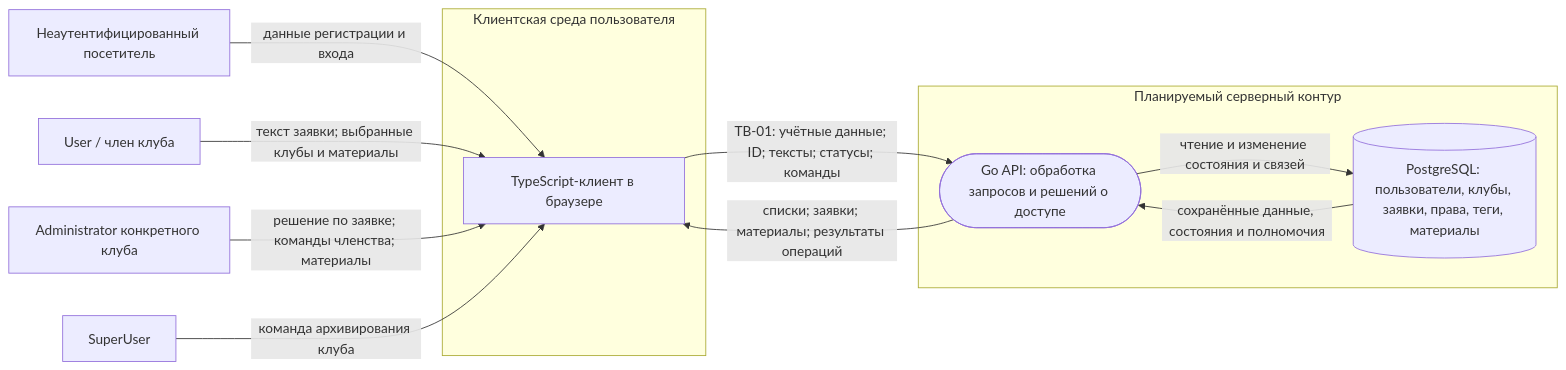
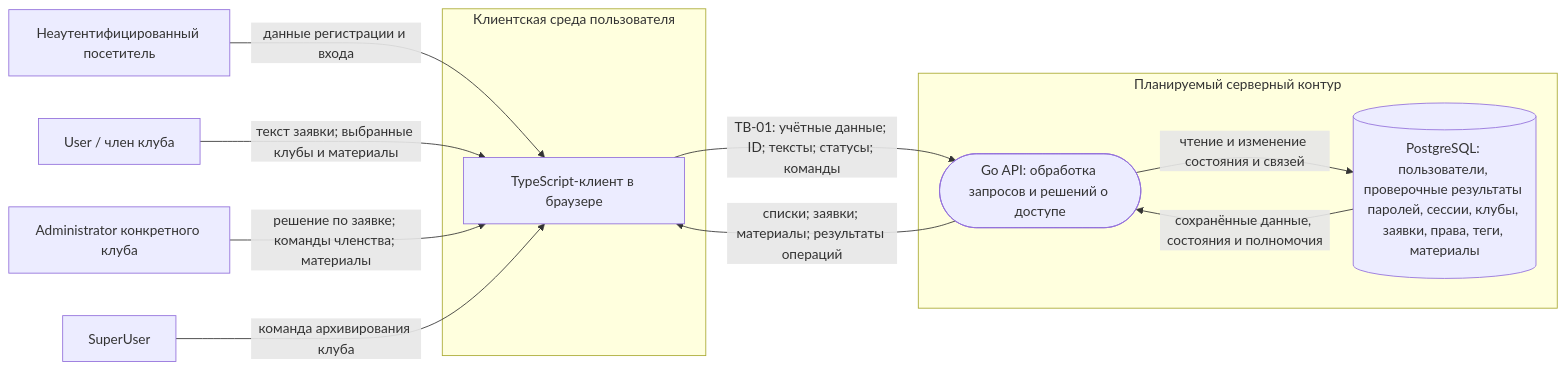
One commit to tupitsin88/KozyrniyTUZ changed the diagram in THREAT_MODEL.md. Above: the diagram before and after it, drawn with Mermaid. The commit also changed other lines of this file and 6 other files, not shown here.

````diff
--- a/THREAT_MODEL.md
+++ b/THREAT_MODEL.md
@@ -24,24 +24,24 @@
 ```mermaid
 flowchart LR
     N["Неаутентифицированный посетитель"]
     U["User / член клуба"]
     A["Administrator конкретного клуба"]
     S["SuperUser"]
 
     subgraph Client["Клиентская среда пользователя"]
         B["TypeScript-клиент в браузере"]
     end
     subgraph Server["Планируемый серверный контур"]
         API(["Go API: обработка запросов и решений о доступе"])
-        DB[("PostgreSQL: пользователи, клубы, заявки, права, теги, материалы")]
+        DB[("PostgreSQL: пользователи, проверочные результаты паролей, сессии, клубы, заявки, права, теги, материалы")]
     end
 
     N -->|"данные регистрации и входа"| B
     U -->|"текст заявки; выбранные клубы и материалы"| B
     A -->|"решение по заявке; команды членства; материалы"| B
     S -->|"команда архивирования клуба"| B
     B -->|"TB-01: учётные данные; ID; тексты; статусы; команды"| API
     API -->|"списки; заявки; материалы; результаты операций"| B
     API -->|"чтение и изменение состояния и связей"| DB
     DB -->|"сохранённые данные, состояния и полномочия"| API
 ```
````
